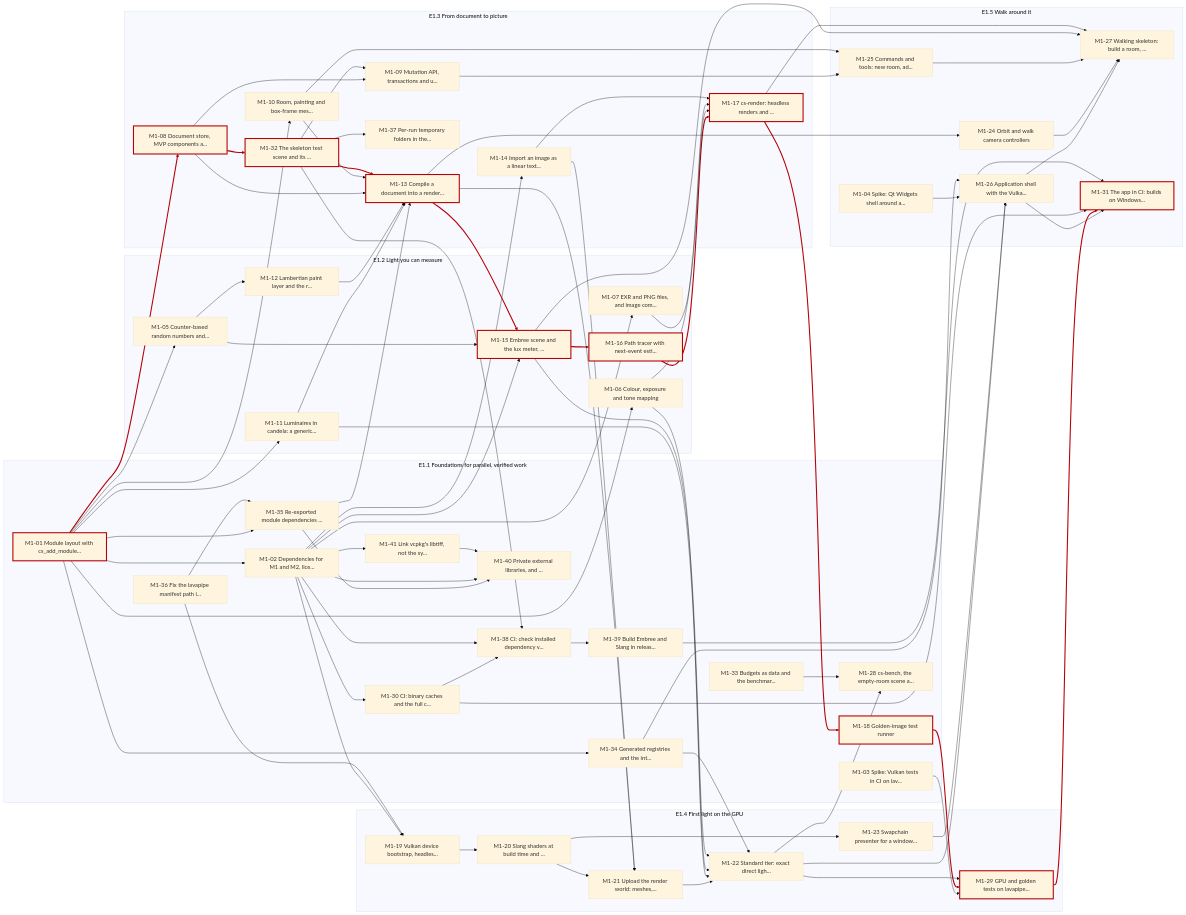
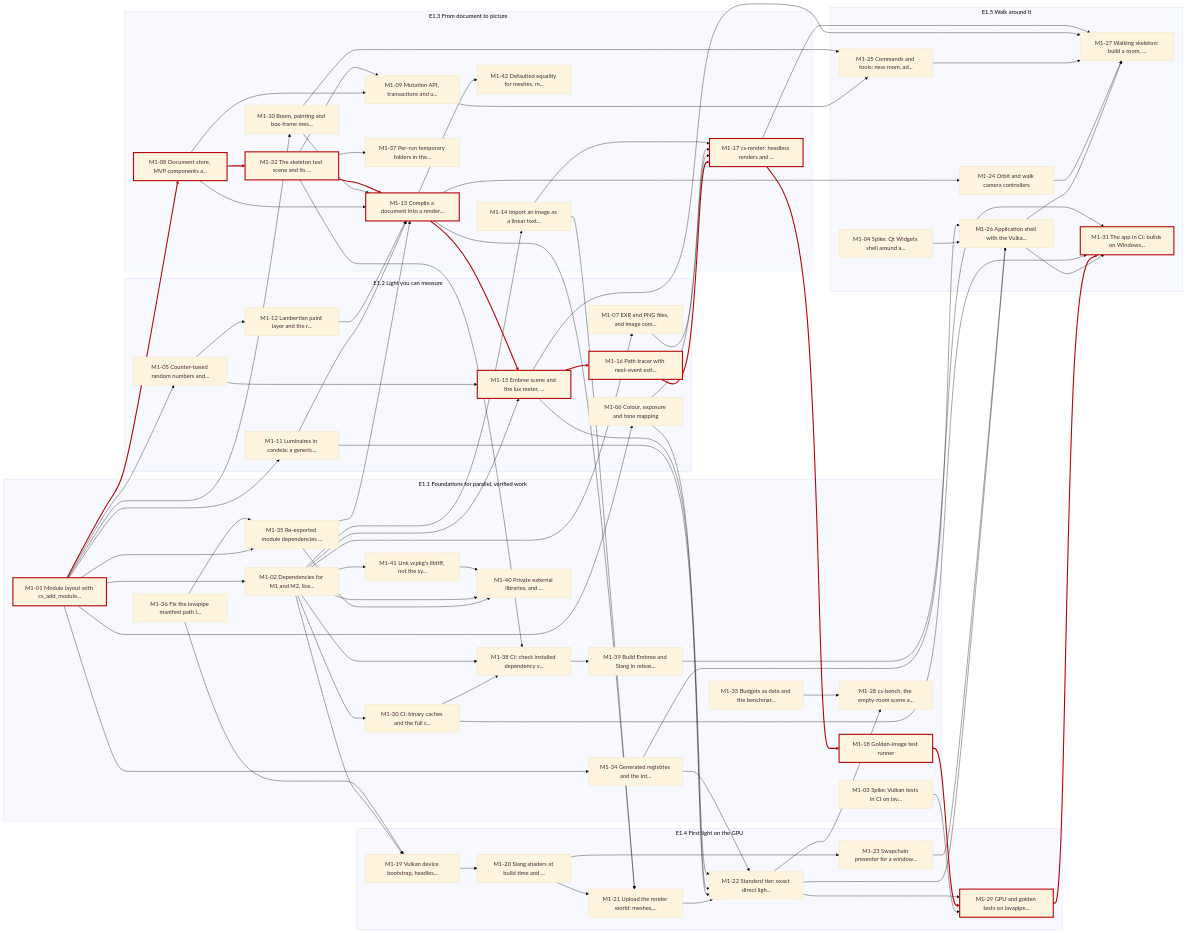
Before and after one commit to groundbeeflover/curation_sandbox: the second of 3 diagrams in docs/roadmap.md, drawn with Mermaid (base theme). The commit also changed other lines of this file and 1 other file, not shown here.

```diff
--- a/docs/roadmap.md
+++ b/docs/roadmap.md
@@ -235,6 +236,7 @@
     M1_17["M1-17 cs-render: headless renders and ..."]
     M1_32["M1-32 The skeleton test scene and its ..."]
     M1_37["M1-37 Per-run temporary folders in the..."]
+    M1_42["M1-42 Defaulted equality for meshes, m..."]
   end
   subgraph E1_4["E1.4 First light on the GPU"]
     M1_19["M1-19 Vulkan device bootstrap, headles..."]
@@ -325,6 +327,7 @@
   M1_02 --> M1_40
   M1_41 --> M1_40
   M1_02 --> M1_41
+  M1_13 --> M1_42
   classDef crit stroke:#b60205,stroke-width:3px
   class M1_01,M1_08,M1_32,M1_13,M1_15,M1_16,M1_17,M1_18,M1_29,M1_31 crit
   linkStyle 4,14,17,20,21,25,53,57,60 stroke:#b60205,stroke-width:3px
```
